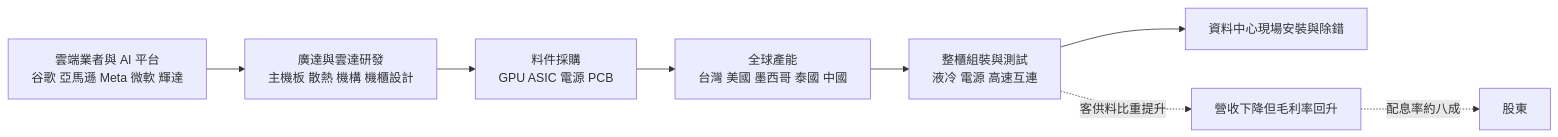
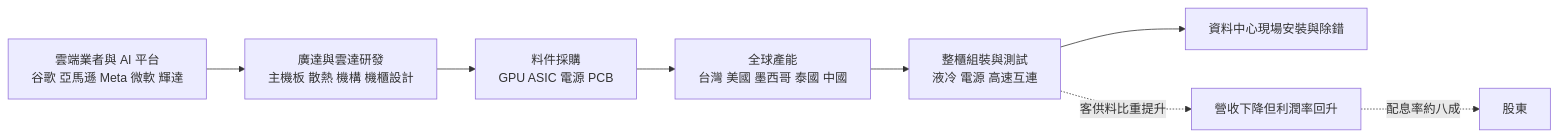
Before and after one commit to wangnick1004/taiwan-stock-vault: the first of 3 diagrams in 個股/台股/2382廣達.md, drawn with Mermaid. The commit also changed other lines of this file and 19 other files, not shown here.

````diff
--- a/個股/台股/2382廣達.md
+++ b/個股/台股/2382廣達.md
@@ -67,10 +67,10 @@
 ```mermaid
 flowchart LR
     A["雲端業者與 AI 平台<br/>谷歌 亞馬遜 Meta 微軟 輝達"] --> B["廣達與雲達研發<br/>主機板 散熱 機構 機櫃設計"]
     B --> C["料件採購<br/>GPU ASIC 電源 PCB"]
     C --> D["全球產能<br/>台灣 美國 墨西哥 泰國 中國"]
     D --> E["整櫃組裝與測試<br/>液冷 電源 高速互連"]
     E --> F[資料中心現場安裝與除錯]
-    E -. 客供料比重提升 .-> G[營收下降但毛利率回升]
+    E -. 客供料比重提升 .-> G[營收下降但利潤率回升]
     G -. 配息率約八成 .-> H[股東]
 ```
````
